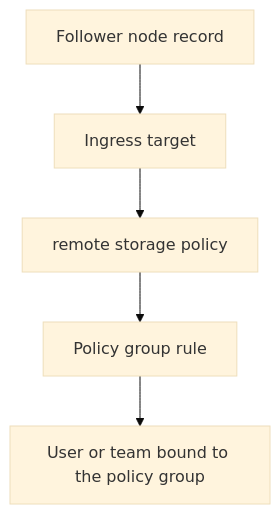
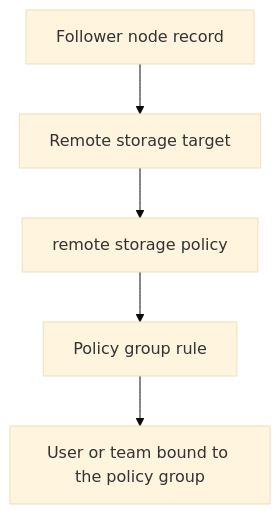
The first of 4 diagrams in docs/en/storage/remote-follower.md (EleProCoress/AsterDrive), drawn with Mermaid (base theme) before and after one commit. The commit also changed other lines of this file and 61 other files, not shown here.

````diff
--- a/docs/en/storage/remote-follower.md
+++ b/docs/en/storage/remote-follower.md
@@ -33,7 +33,7 @@
 ```mermaid
 flowchart TD
-  Node["Follower node record"] --> Ingress["Ingress target"]
-  Ingress --> Policy["remote storage policy"]
+  Node["Follower node record"] --> Target["Remote storage target"]
+  Target --> Policy["remote storage policy"]
   Policy --> Rule["Policy group rule"]
   Rule --> Binding["User or team bound to the policy group"]
 ```
````
